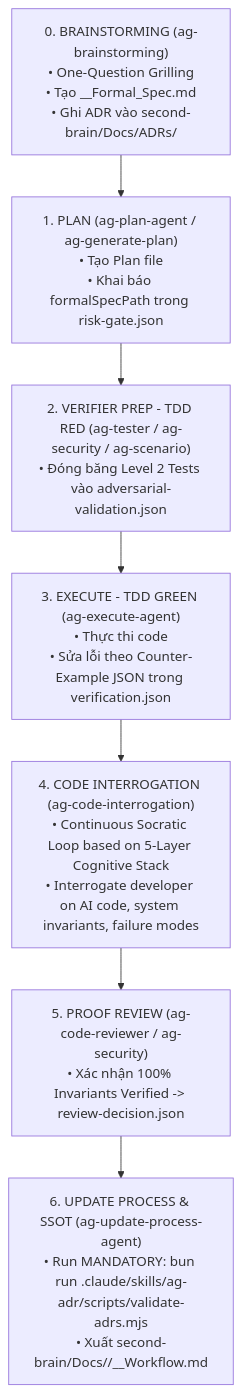
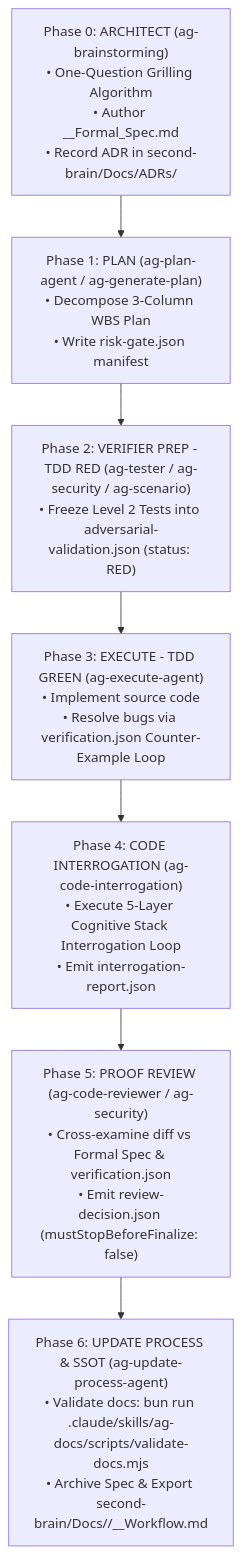
Before and after one commit to ngxccc/agent-skills-kit: the diagram in process/development-protocols/references/architect-verifier-master-workflow-guide.md, drawn with Mermaid. The commit also changed other lines of this file, not shown here.

Commit message:
docs(protocols): rewrite architect-verifier guide as autonomous agent state machine

````diff
--- a/process/development-protocols/references/architect-verifier-master-workflow-guide.md
+++ b/process/development-protocols/references/architect-verifier-master-workflow-guide.md
@@ -19,9 +22,9 @@
 ```mermaid
 flowchart TD
-    Phase0["0. BRAINSTORMING (ag-brainstorming)\n• One-Question Grilling\n• Tạo <Feature>_<Topic>_Formal_Spec.md\n• Ghi ADR vào second-brain/Docs/ADRs/"] --> Phase1["1. PLAN (ag-plan-agent / ag-generate-plan)\n• Tạo Plan file\n• Khai báo formalSpecPath trong risk-gate.json"]
-    Phase1 --> Phase2["2. VERIFIER PREP - TDD RED (ag-tester / ag-security / ag-scenario)\n• Đóng băng Level 2 Tests vào adversarial-validation.json"]
-    Phase2 --> Phase3["3. EXECUTE - TDD GREEN (ag-execute-agent)\n• Thực thi code\n• Sửa lỗi theo Counter-Example JSON trong verification.json"]
-    Phase3 --> Phase4["4. CODE INTERROGATION (ag-code-interrogation)\n• Continuous Socratic Loop based on 5-Layer Cognitive Stack\n• Interrogate developer on AI code, system invariants, failure modes"]
-    Phase4 --> Phase5["5. PROOF REVIEW (ag-code-reviewer / ag-security)\n• Xác nhận 100% Invariants Verified -> review-decision.json"]
-    Phase5 --> Phase6["6. UPDATE PROCESS & SSOT (ag-update-process-agent)\n• Run MANDATORY: bun run .claude/skills/ag-adr/scripts/validate-adrs.mjs\n• Xuất second-brain/Docs/<Topic>/<Feature>_<Topic>_Workflow.md"]
+    Phase0["Phase 0: ARCHITECT (ag-brainstorming)\n• One-Question Grilling Algorithm\n• Author <Feature>_<Topic>_Formal_Spec.md\n• Record ADR in second-brain/Docs/ADRs/"] --> Phase1["Phase 1: PLAN (ag-plan-agent / ag-generate-plan)\n• Decompose 3-Column WBS Plan\n• Write risk-gate.json manifest"]
+    Phase1 --> Phase2["Phase 2: VERIFIER PREP - TDD RED (ag-tester / ag-security / ag-scenario)\n• Freeze Level 2 Tests into adversarial-validation.json (status: RED)"]
+    Phase2 --> Phase3["Phase 3: EXECUTE - TDD GREEN (ag-execute-agent)\n• Implement source code\n• Resolve bugs via verification.json Counter-Example Loop"]
+    Phase3 --> Phase4["Phase 4: CODE INTERROGATION (ag-code-interrogation)\n• Execute 5-Layer Cognitive Stack Interrogation Loop\n• Emit interrogation-report.json"]
+    Phase4 --> Phase5["Phase 5: PROOF REVIEW (ag-code-reviewer / ag-security)\n• Cross-examine diff vs Formal Spec & verification.json\n• Emit review-decision.json (mustStopBeforeFinalize: false)"]
+    Phase5 --> Phase6["Phase 6: UPDATE PROCESS & SSOT (ag-update-process-agent)\n• Validate docs: bun run .claude/skills/ag-docs/scripts/validate-docs.mjs\n• Archive Spec & Export second-brain/Docs/<Topic>/<Feature>_<Topic>_Workflow.md"]
 ```
````
